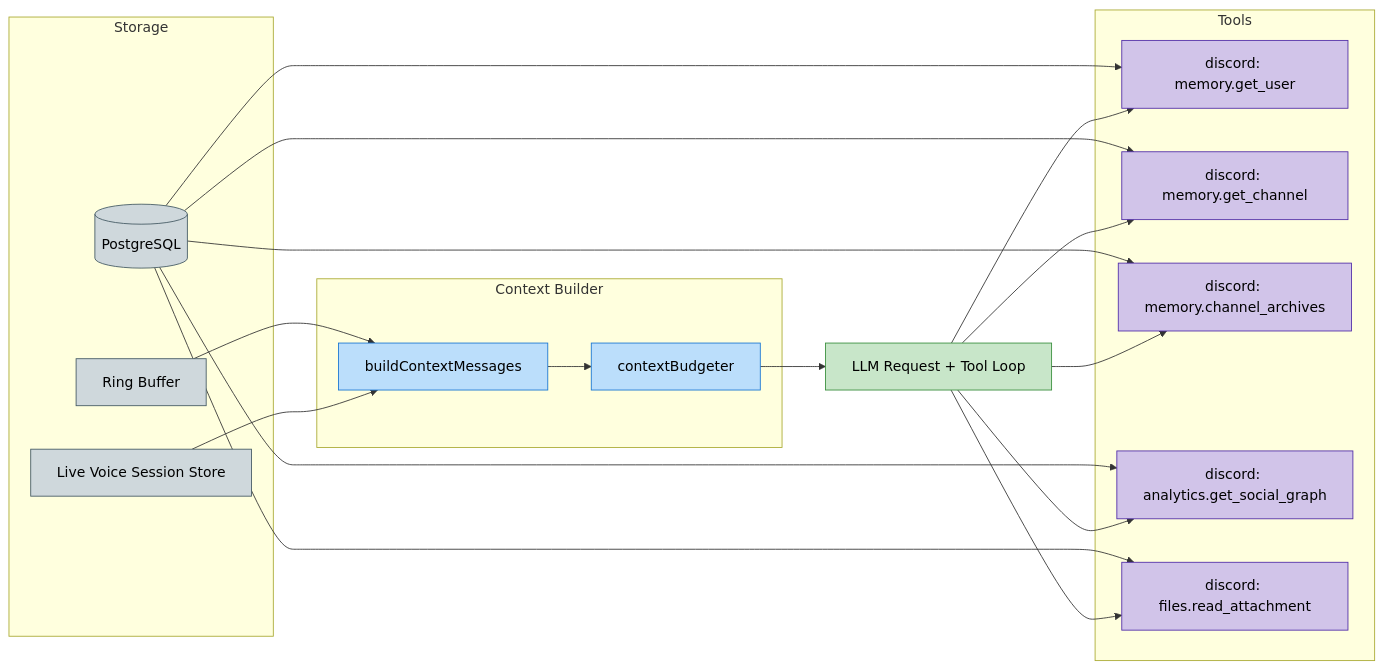
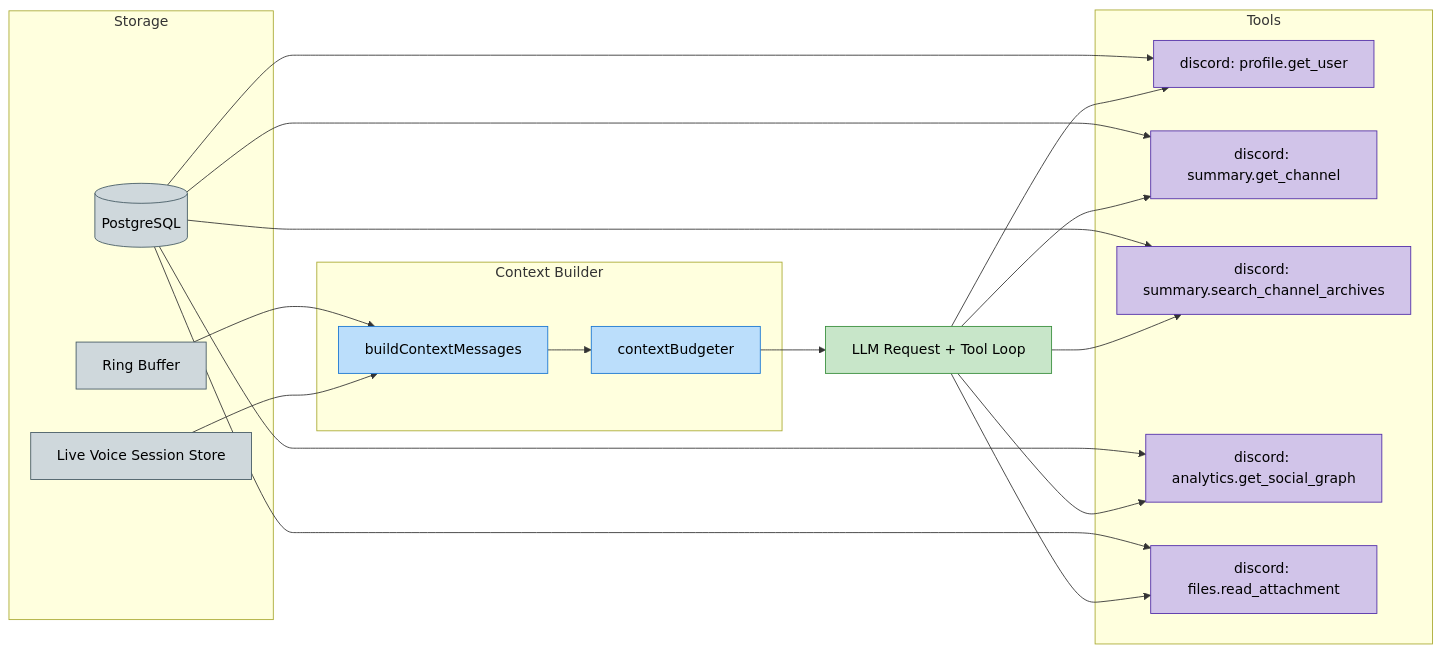
The diagram in docs/architecture/MEMORY.md (BokX1/Sage), drawn with Mermaid before and after one commit. The commit also changed other lines of this file and 35 other files, not shown here.

````diff
--- a/docs/architecture/MEMORY.md
+++ b/docs/architecture/MEMORY.md
@@ -75,40 +75,40 @@
 ```mermaid
 flowchart LR
     classDef storage fill:#cfd8dc,stroke:#455a64,color:black
     classDef tools fill:#d1c4e9,stroke:#512da8,color:black
     classDef builder fill:#bbdefb,stroke:#1976d2,color:black
     classDef llm fill:#c8e6c9,stroke:#388e3c,color:black
 
     subgraph Storage
         DB[(PostgreSQL)]:::storage
         RB[Ring Buffer]:::storage
         VS[Live Voice Session Store]:::storage
     end
 
     subgraph Tools
-        U[discord: memory.get_user]:::tools
-        C[discord: memory.get_channel]:::tools
-        A[discord: memory.channel_archives]:::tools
+        U[discord: profile.get_user]:::tools
+        C[discord: summary.get_channel]:::tools
+        A[discord: summary.search_channel_archives]:::tools
         G[discord: analytics.get_social_graph]:::tools
         F[discord: files.read_attachment]:::tools
     end
 
     subgraph Builder["Context Builder"]
         MB[buildContextMessages]:::builder
         Budget[contextBudgeter]:::builder
     end
 
     RB --> MB
     VS --> MB
     MB --> Budget --> LLM[LLM Request + Tool Loop]:::llm
     DB --> U
     DB --> C
     DB --> A
     DB --> G
     DB --> F
     LLM --> U
     LLM --> C
     LLM --> A
     LLM --> G
     LLM --> F
 ```
````
